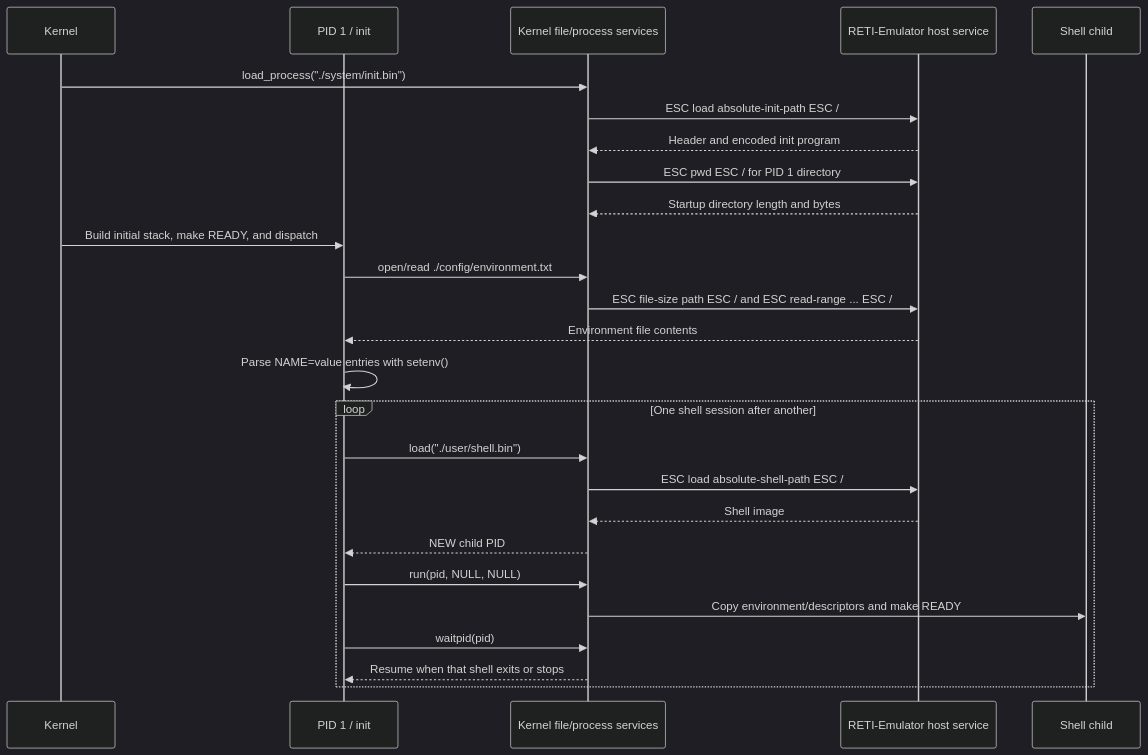
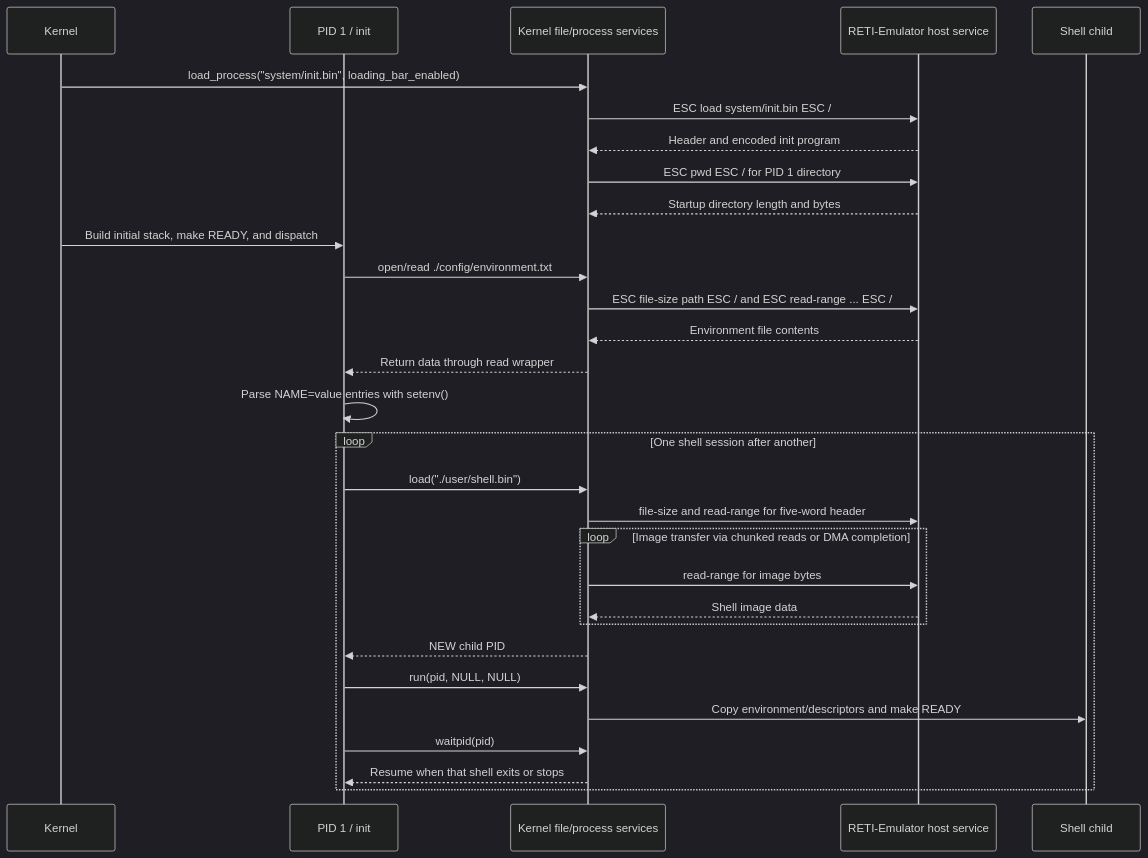
Before and after one commit to matthejue/Pico-OS: diagram 24 of 30 in README.md, drawn with Mermaid (dark theme). The commit also changed other lines of this file, not shown here.

Commit message:
updated README with clearer explanations, diagrams, and source links

````diff
--- a/README.md
+++ b/README.md
@@ -3165,29 +3573,33 @@
 ```mermaid
 sequenceDiagram
     participant K as Kernel
     participant Init as PID 1 / init
     participant F as Kernel file/process services
     participant H as RETI-Emulator host service
     participant S as Shell child
 
-    K->>F: load_process("./system/init.bin")
-    F->>H: ESC load absolute-init-path ESC /
+    K->>F: load_process("system/init.bin", loading_bar_enabled)
+    F->>H: ESC load system/init.bin ESC /
     H-->>F: Header and encoded init program
     F->>H: ESC pwd ESC / for PID 1 directory
     H-->>F: Startup directory length and bytes
     K->>Init: Build initial stack, make READY, and dispatch
     Init->>F: open/read ./config/environment.txt
     F->>H: ESC file-size path ESC / and ESC read-range ... ESC /
-    H-->>Init: Environment file contents
+    H-->>F: Environment file contents
+    F-->>Init: Return data through read wrapper
     Init->>Init: Parse NAME=value entries with setenv()
     loop One shell session after another
         Init->>F: load("./user/shell.bin")
-        F->>H: ESC load absolute-shell-path ESC /
-        H-->>F: Shell image
+        F->>H: file-size and read-range for five-word header
+        loop Image transfer via chunked reads or DMA completion
+            F->>H: read-range for image bytes
+            H-->>F: Shell image data
+        end
         F-->>Init: NEW child PID
         Init->>F: run(pid, NULL, NULL)
         F->>S: Copy environment/descriptors and make READY
         Init->>F: waitpid(pid)
         F-->>Init: Resume when that shell exits or stops
     end
 ```
````
